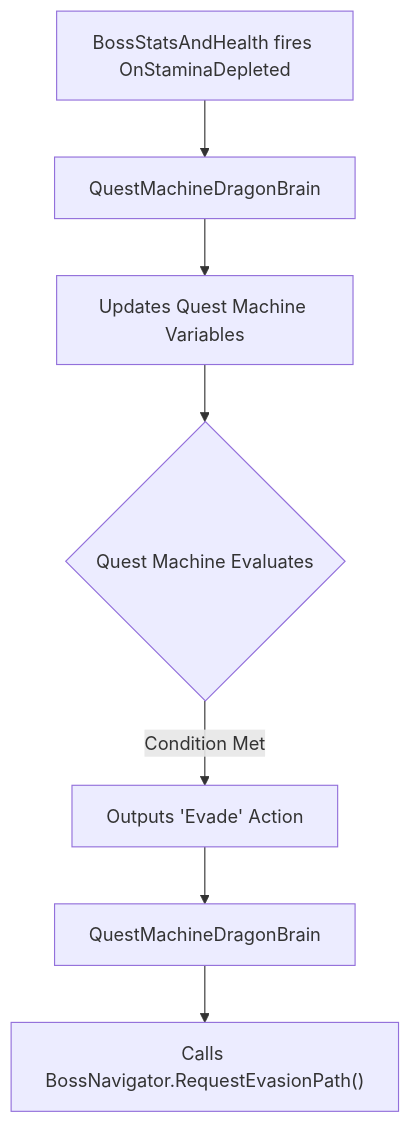
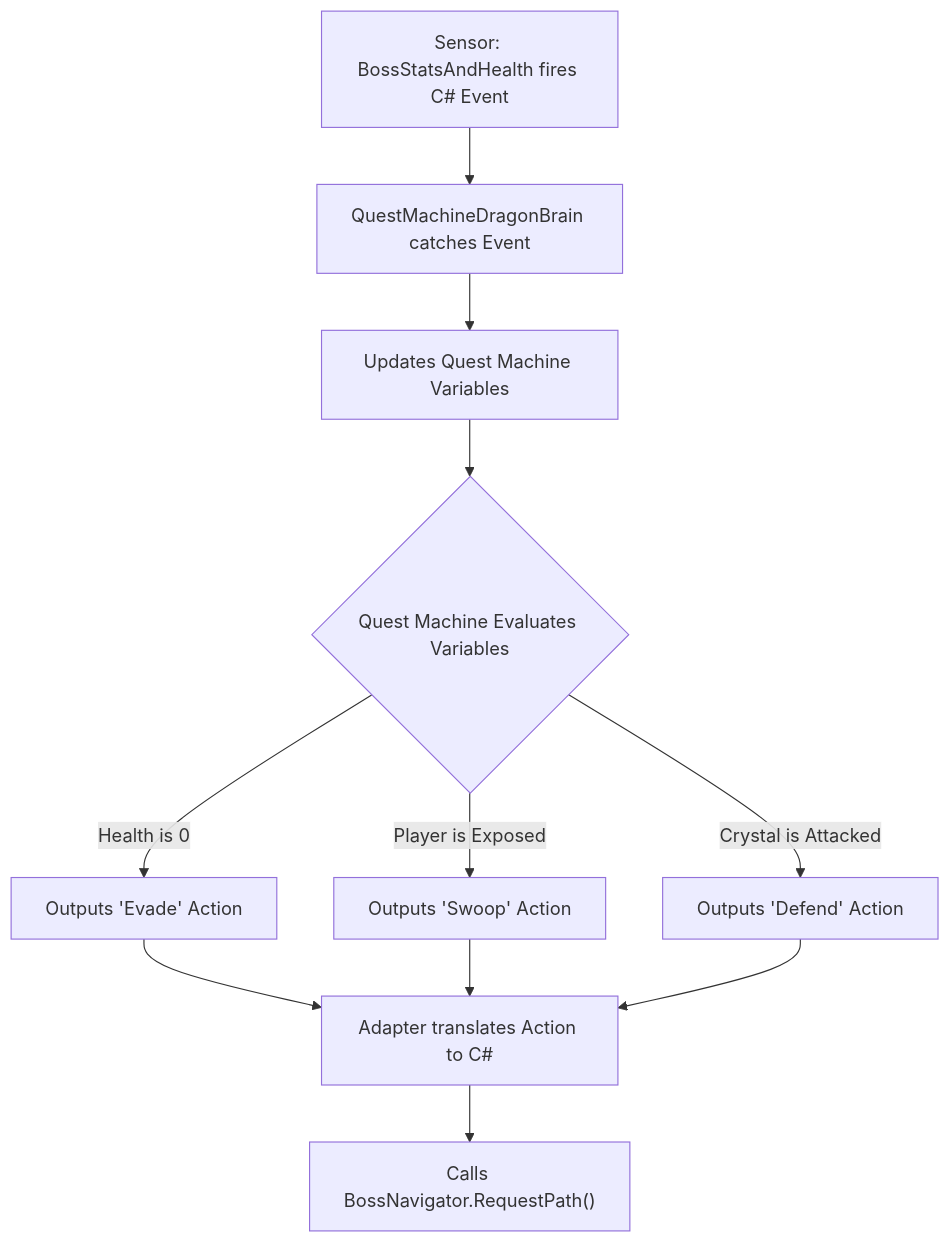
Before and after one commit to NatalieC001/ObiRopeTest: the first of 4 diagrams in Dragon_Code_Overview.md, drawn with Mermaid. The commit also changed other lines of this file, not shown here.

First line of the commit message:
docs: rewrite Dragon Code Overview using active, linear language

````diff
--- a/Dragon_Code_Overview.md
+++ b/Dragon_Code_Overview.md
@@ -14,9 +15,16 @@
 ```mermaid
 graph TD
-    Vitals[BossStatsAndHealth fires OnStaminaDepleted] --> Adapter[QuestMachineDragonBrain]
+    Data[Sensor: BossStatsAndHealth fires C# Event] --> Adapter[QuestMachineDragonBrain catches Event]
     Adapter --> QM[Updates Quest Machine Variables]
-    QM --> Evaluate{Quest Machine Evaluates}
-    Evaluate -- Condition Met --> Action[Outputs 'Evade' Action]
-    Action --> Adapter2[QuestMachineDragonBrain]
-    Adapter2 --> Motor["Calls BossNavigator.RequestEvasionPath()"]
+    QM --> Evaluate{Quest Machine Evaluates Variables}
+
+    Evaluate -- Health is 0 --> Evade[Outputs 'Evade' Action]
+    Evaluate -- Player is Exposed --> Swoop[Outputs 'Swoop' Action]
+    Evaluate -- Crystal is Attacked --> Defend[Outputs 'Defend' Action]
+
+    Evade --> Execute[Adapter translates Action to C#]
+    Swoop --> Execute
+    Defend --> Execute
+
+    Execute --> Motor["Calls BossNavigator.RequestPath()"]
 ```
````
